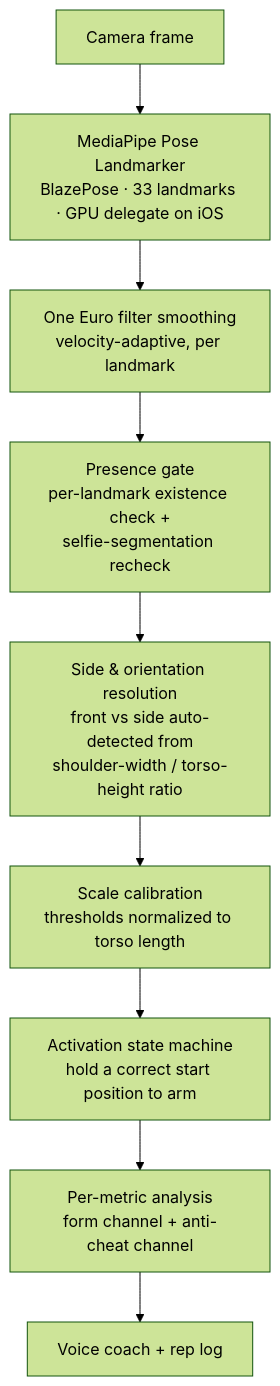
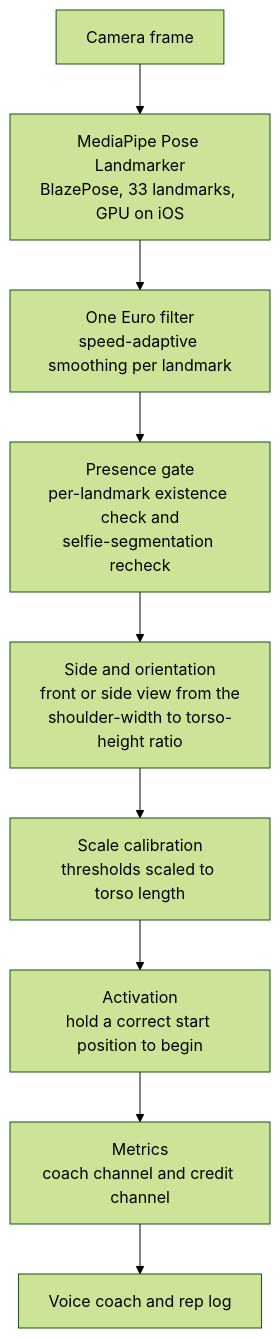
One commit to Seaw24/vika-showcase changed the diagram in README.md. Above: the diagram before and after it, drawn with Mermaid (forest theme). The commit also changed other lines of this file, not shown here.

````diff
--- a/README.md
+++ b/README.md
@@ -49,11 +39,11 @@
 ```mermaid
 flowchart TD
-    A[Camera frame] --> B[MediaPipe Pose Landmarker<br/>BlazePose · 33 landmarks · GPU delegate on iOS]
-    B --> C[One Euro filter smoothing<br/>velocity-adaptive, per landmark]
-    C --> D[Presence gate<br/>per-landmark existence check +<br/>selfie-segmentation recheck]
-    D --> E[Side & orientation resolution<br/>front vs side auto-detected from<br/>shoulder-width / torso-height ratio]
-    E --> F[Scale calibration<br/>thresholds normalized to torso length]
-    F --> G[Activation state machine<br/>hold a correct start position to arm]
-    G --> H[Per-metric analysis<br/>form channel + anti-cheat channel]
-    H --> I[Voice coach + rep log]
+    A[Camera frame] --> B[MediaPipe Pose Landmarker<br/>BlazePose, 33 landmarks, GPU on iOS]
+    B --> C[One Euro filter<br/>speed-adaptive smoothing per landmark]
+    C --> D[Presence gate<br/>per-landmark existence check and<br/>selfie-segmentation recheck]
+    D --> E[Side and orientation<br/>front or side view from the<br/>shoulder-width to torso-height ratio]
+    E --> F[Scale calibration<br/>thresholds scaled to torso length]
+    F --> G[Activation<br/>hold a correct start position to begin]
+    G --> H[Metrics<br/>coach channel and credit channel]
+    H --> I[Voice coach and rep log]
 ```
````
